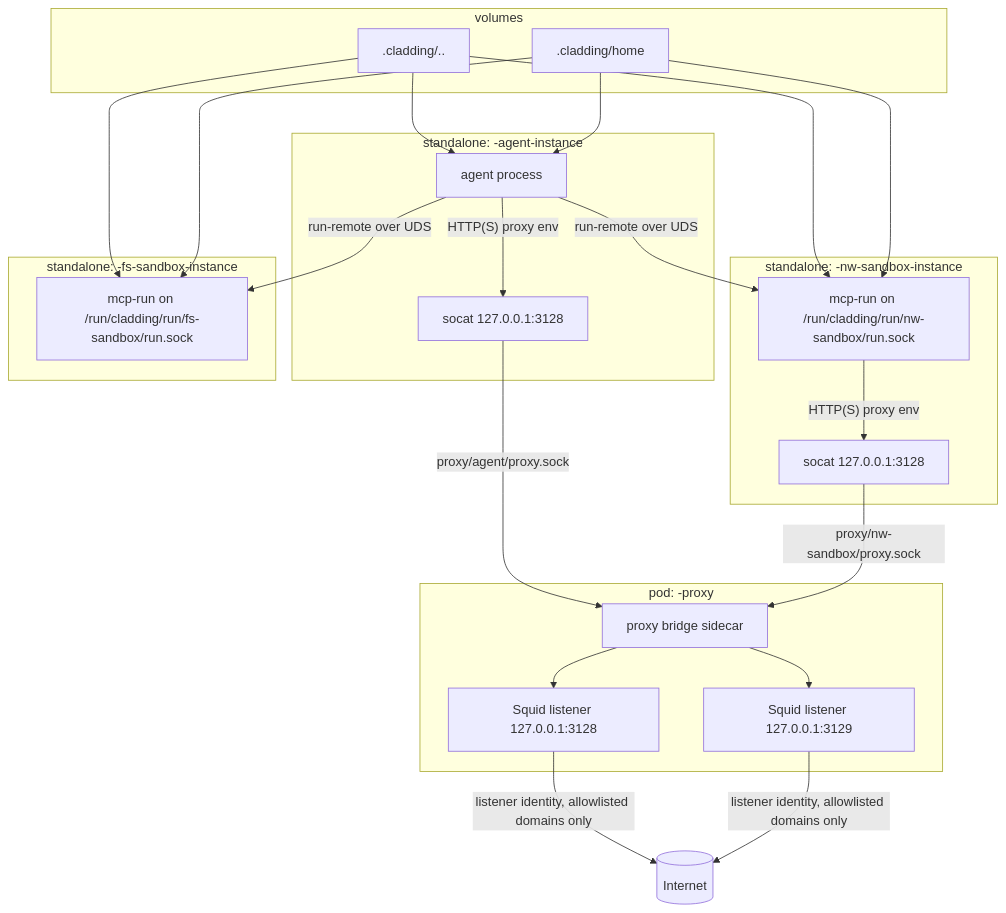
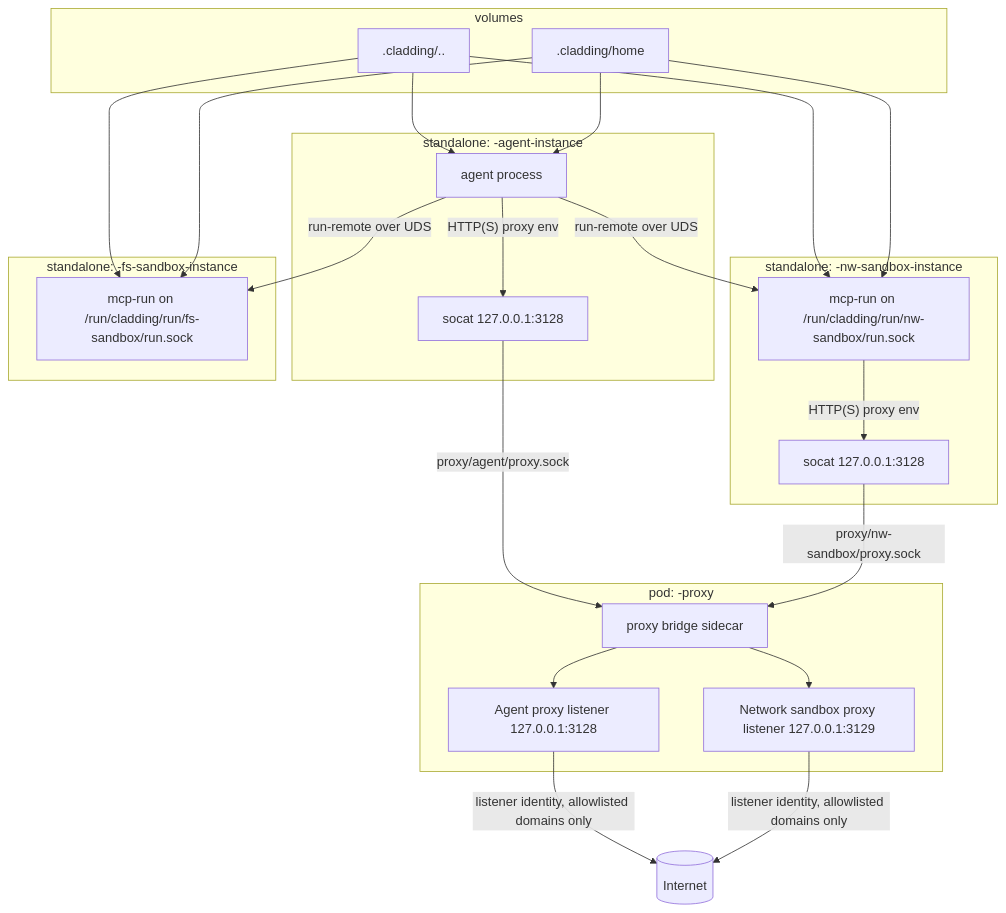
One commit to dstoc/cladding changed the diagram in README.md. Above: the diagram before and after it, drawn with Mermaid. The commit also changed other lines of this file and 18 other files, not shown here.

````diff
--- a/README.md
+++ b/README.md
@@ -252,46 +250,46 @@
 ```mermaid
 flowchart TB
   subgraph C["standalone: <name>-agent-instance"]
     CA[agent process]
     CAP[socat 127.0.0.1:3128]
   end
 
   subgraph H[volumes]
     WS[.cladding/..]
     HOME[.cladding/home]
   end
 
 
   subgraph S["standalone: <name>-nw-sandbox-instance"]
     SAP[socat 127.0.0.1:3128]
     SA[mcp-run on /run/cladding/run/nw-sandbox/run.sock]
   end
 
   subgraph F["standalone: <name>-fs-sandbox-instance"]
     FA[mcp-run on /run/cladding/run/fs-sandbox/run.sock]
   end
 
   subgraph P["pod: <name>-proxy"]
     PB[proxy bridge sidecar]
-    PX1[Squid listener 127.0.0.1:3128]
-    PX2[Squid listener 127.0.0.1:3129]
+    PX1[Agent proxy listener 127.0.0.1:3128]
+    PX2[Network sandbox proxy listener 127.0.0.1:3129]
   end
 
   WS --> CA
   WS --> SA
   WS --> FA
   HOME --> CA
   HOME --> SA
   HOME --> FA
 
   CA -- run-remote over UDS --> SA
   CA -- run-remote over UDS --> FA
   CA -- HTTP(S) proxy env --> CAP
   CAP -- proxy/agent/proxy.sock --> PB
   SAP -- proxy/nw-sandbox/proxy.sock --> PB
   PB --> PX1
   PB --> PX2
   SA -- HTTP(S) proxy env --> SAP
   PX1 -- listener identity, allowlisted domains only --> NET[(Internet)]
   PX2 -- listener identity, allowlisted domains only --> NET
 ```
````
